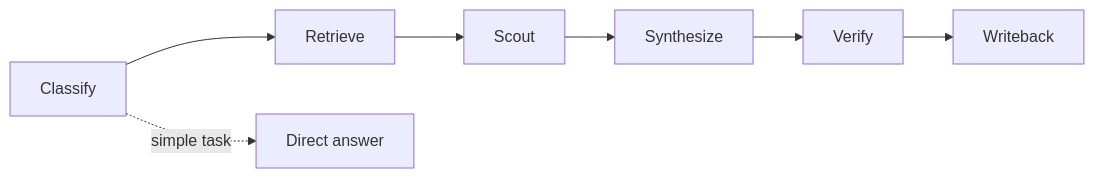
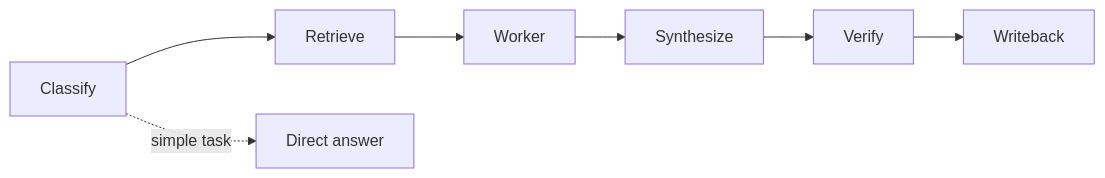
One commit to seintun/apiary changed the diagram in README.md. Above: the diagram before and after it, drawn with Mermaid. The commit also changed other lines of this file and 44 other files, not shown here.

````diff
--- a/README.md
+++ b/README.md
@@ -14,9 +14,9 @@
 ```mermaid
 flowchart LR
     A[Classify] --> B[Retrieve]
-    B --> C[Scout]
+    B --> C[Worker]
     C --> D[Synthesize]
     D --> E[Verify]
     E --> F[Writeback]
     A -. simple task .-> G[Direct answer]
 ```
````
